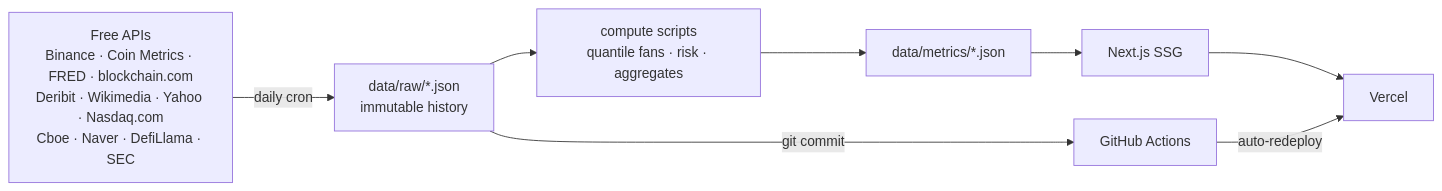
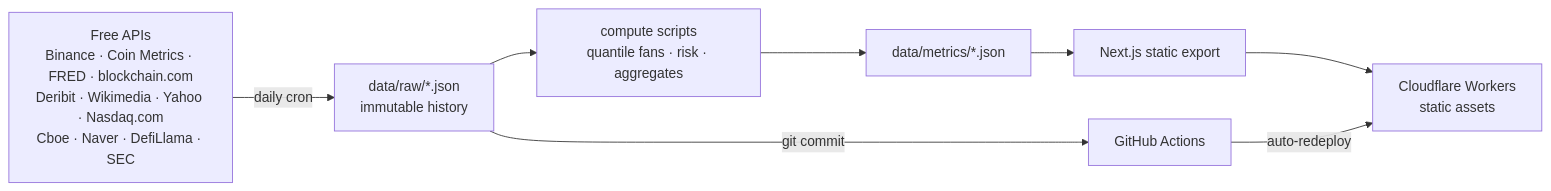
Before and after one commit to srivathsanvenkateswaran/Burrito: the diagram in README.md, drawn with Mermaid. The commit also changed other lines of this file and 14 other files, not shown here.

First line of the commit message:
Static export on Cloudflare Workers; chart data served as JSON

````diff
--- a/README.md
+++ b/README.md
@@ -62,9 +63,9 @@
 ```mermaid
 flowchart LR
     A[Free APIs<br/>Binance · Coin Metrics · FRED · blockchain.com<br/>Deribit · Wikimedia · Yahoo · Nasdaq.com<br/>Cboe · Naver · DefiLlama · SEC] -->|daily cron| B[data/raw/*.json<br/>immutable history]
     B --> C[compute scripts<br/>quantile fans · risk · aggregates]
     C --> D[data/metrics/*.json]
-    D --> E[Next.js SSG]
-    E --> F[Vercel]
+    D --> E[Next.js static export]
+    E --> F[Cloudflare Workers<br/>static assets]
     B -->|git commit| G[GitHub Actions] -->|auto-redeploy| F
 ```
````
